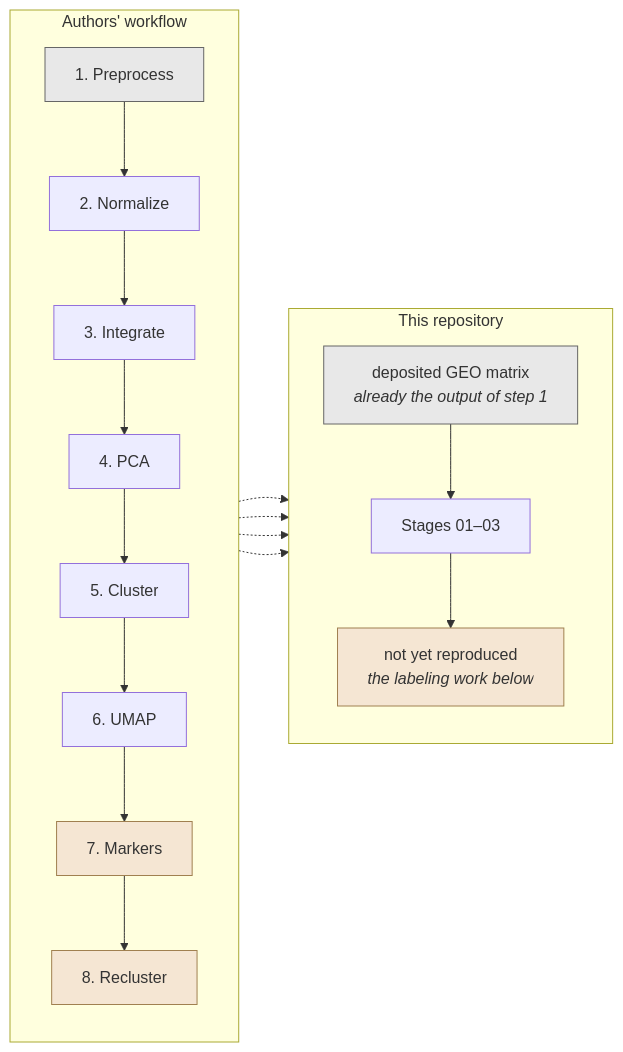
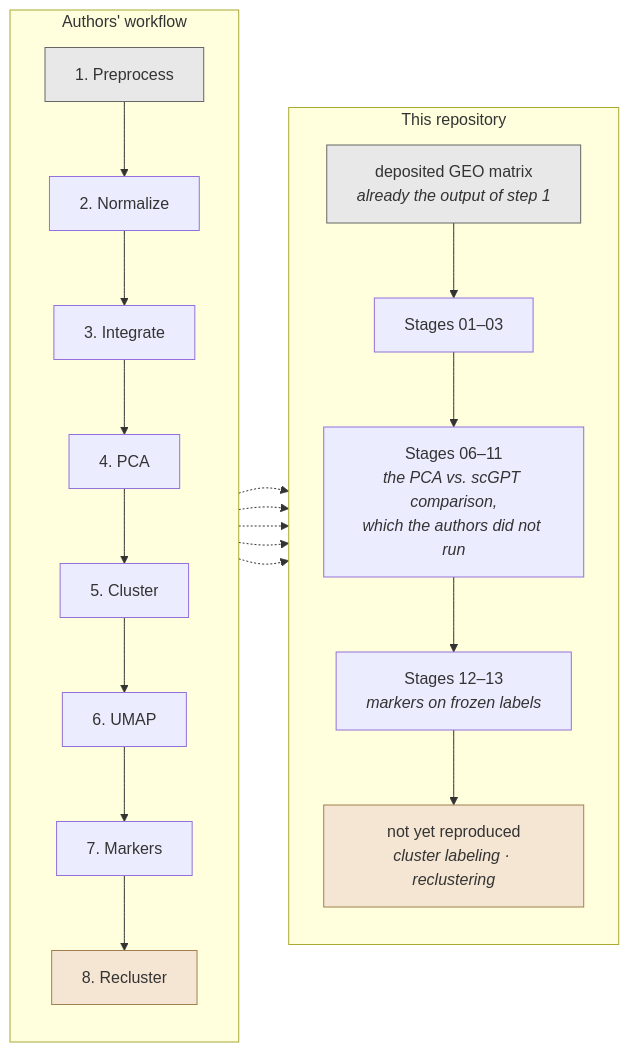
The second of 12 diagrams in README.md (sivatej800-oss/T-cell-representations), drawn with Mermaid before and after one commit. The commit also changed other lines of this file and 57 other files, not shown here.

````diff
--- a/README.md
+++ b/README.md
@@ -57,34 +97,36 @@
 ```mermaid
 flowchart LR
     subgraph authors ["Authors' workflow"]
         direction TB
         S1["1. Preprocess"]
         S2["2. Normalize"]
         S3["3. Integrate"]
         S4["4. PCA"]
         S5["5. Cluster"]
         S6["6. UMAP"]
         S7["7. Markers"]
         S8["8. Recluster"]
         S1 --> S2 --> S3 --> S4 --> S5 --> S6 --> S7 --> S8
     end
 
     subgraph ours ["This repository"]
         direction TB
         P1["deposited GEO matrix<br/><i>already the output of step 1</i>"]
         P2["Stages 01–03"]
-        P3["not yet reproduced<br/><i>the labeling work below</i>"]
-        P1 --> P2 --> P3
+        P3["Stages 06–11<br/><i>the PCA vs. scGPT comparison,<br/>which the authors did not run</i>"]
+        P4["Stages 12–13<br/><i>markers on frozen labels</i>"]
+        P5["not yet reproduced<br/><i>cluster labeling · reclustering</i>"]
+        P1 --> P2 --> P3 --> P4 --> P5
     end
 
     S1 -.-> P1
     S2 -.-> P2
     S6 -.-> P2
-    S7 -.-> P3
+    S7 -.-> P4
+    S8 -.-> P5
 
     style S1 fill:#e8e8e8,stroke:#666
-    style S7 fill:#f5e6d3,stroke:#a08050
     style S8 fill:#f5e6d3,stroke:#a08050
     style P1 fill:#e8e8e8,stroke:#666
-    style P3 fill:#f5e6d3,stroke:#a08050
+    style P5 fill:#f5e6d3,stroke:#a08050
 ```
````
